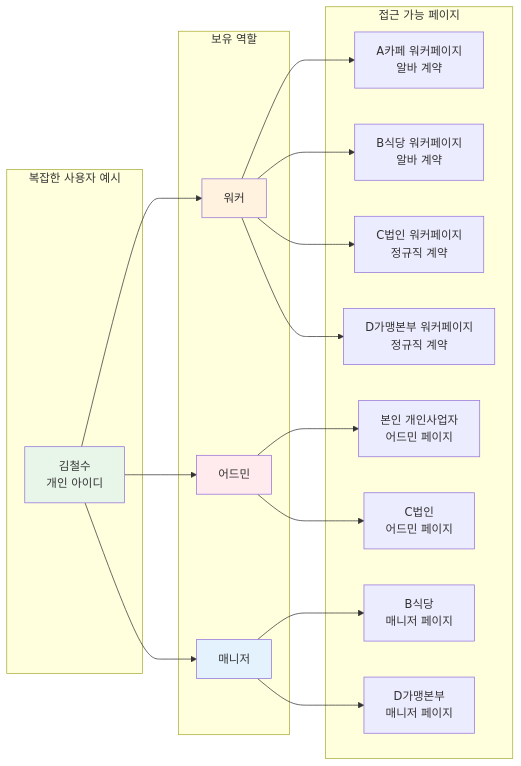
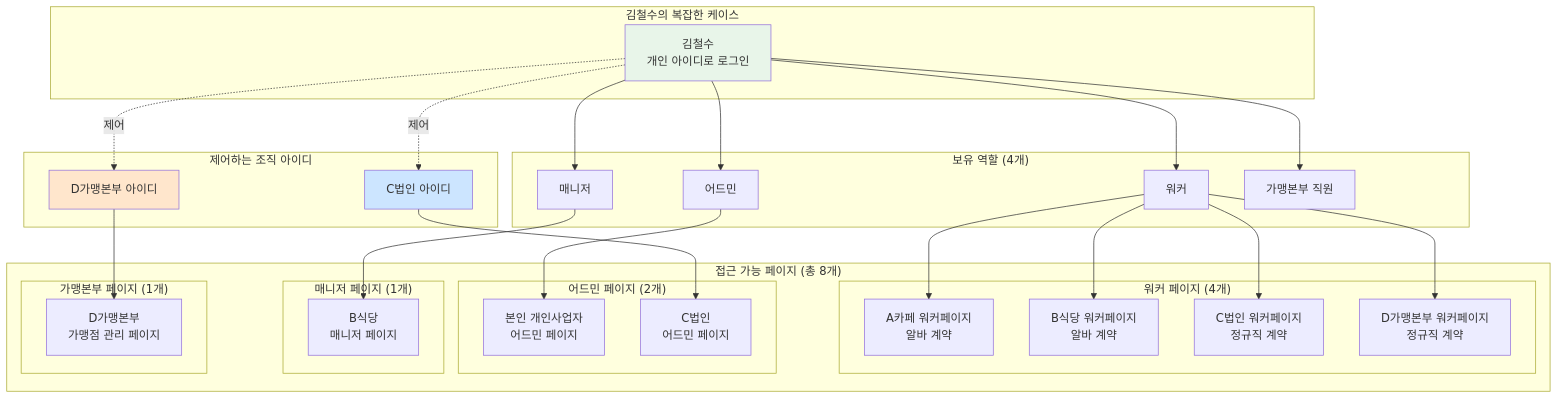
One commit to crazybass81/DOT changed the second of 5 diagrams in services/attendance/user-permission-diagram.md. Above: the diagram before and after it, drawn with Mermaid. The commit also changed other lines of this file, not shown here.

````diff
--- a/services/attendance/user-permission-diagram.md
+++ b/services/attendance/user-permission-diagram.md
@@ -76,30 +74,44 @@
 ```mermaid
-flowchart LR
-    subgraph "복잡한 사용자 예시"
-        User[김철수<br/>개인 아이디]
+flowchart TD
+    subgraph "김철수의 복잡한 케이스"
+        User[김철수<br/>개인 아이디로 로그인]
     end
     
-    subgraph "보유 역할"
+    subgraph "제어하는 조직 아이디"
+        User -.제어.-> Corp[C법인 아이디]
+        User -.제어.-> Franchise[D가맹본부 아이디]
+    end
+    
+    subgraph "보유 역할 (4개)"
         User --> R1[워커]
         User --> R2[어드민]
-        User --> R3[매니저]
+        User --> R3[매니저]  
+        User --> R4[가맹본부 직원]
     end
     
-    subgraph "접근 가능 페이지"
-        R1 --> W1[A카페 워커페이지<br/>알바 계약]
-        R1 --> W2[B식당 워커페이지<br/>알바 계약]
-        R1 --> W3[C법인 워커페이지<br/>정규직 계약]
-        R1 --> W4[D가맹본부 워커페이지<br/>정규직 계약]
+    subgraph "접근 가능 페이지 (총 8개)"
+        subgraph "워커 페이지 (4개)"
+            R1 --> W1[A카페 워커페이지<br/>알바 계약]
+            R1 --> W2[B식당 워커페이지<br/>알바 계약]
+            R1 --> W3[C법인 워커페이지<br/>정규직 계약]
+            R1 --> W4[D가맹본부 워커페이지<br/>정규직 계약]
+        end
         
-        R2 --> A1[본인 개인사업자<br/>어드민 페이지]
-        R2 --> A2[C법인<br/>어드민 페이지]
+        subgraph "어드민 페이지 (2개)"
+            R2 --> A1[본인 개인사업자<br/>어드민 페이지]
+            Corp --> A2[C법인<br/>어드민 페이지]
+        end
         
-        R3 --> M1[B식당<br/>매니저 페이지]
-        R3 --> M2[D가맹본부<br/>매니저 페이지]
+        subgraph "매니저 페이지 (1개)"
+            R3 --> M1[B식당<br/>매니저 페이지]
+        end
+        
+        subgraph "가맹본부 페이지 (1개)"
+            Franchise --> F1[D가맹본부<br/>가맹점 관리 페이지]
+        end
     end
     
     style User fill:#e8f5e9
-    style R1 fill:#fff3e0
-    style R2 fill:#ffebee
-    style R3 fill:#e3f2fd
+    style Corp fill:#cce5ff
+    style Franchise fill:#ffe6cc
 ```
````
